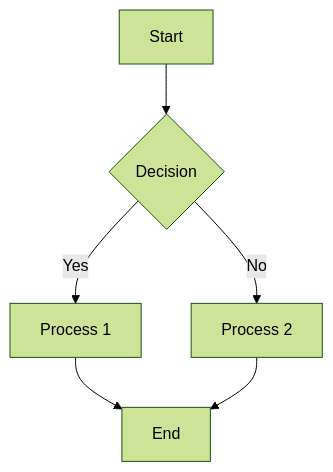
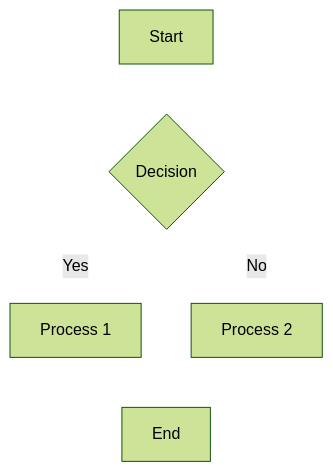
Before and after one commit to id-unibe-ch/example-doc: the diagram in docs/2_example-2/1_example-2a/doc.md, drawn with Mermaid (forest theme).

Commit message:
Add linkStyle to enhance diagram visibility in Markdown Extra Example

````diff
--- a/docs/2_example-2/1_example-2a/doc.md
+++ b/docs/2_example-2/1_example-2a/doc.md
@@ -283,8 +283,9 @@
 ```mermaid
 graph TD
     A[Start] --> B{Decision}
     B -->|Yes| C[Process 1]
     B -->|No| D[Process 2]
     C --> E[End]
     D --> E
+linkStyle default stroke: white
 ```
````
